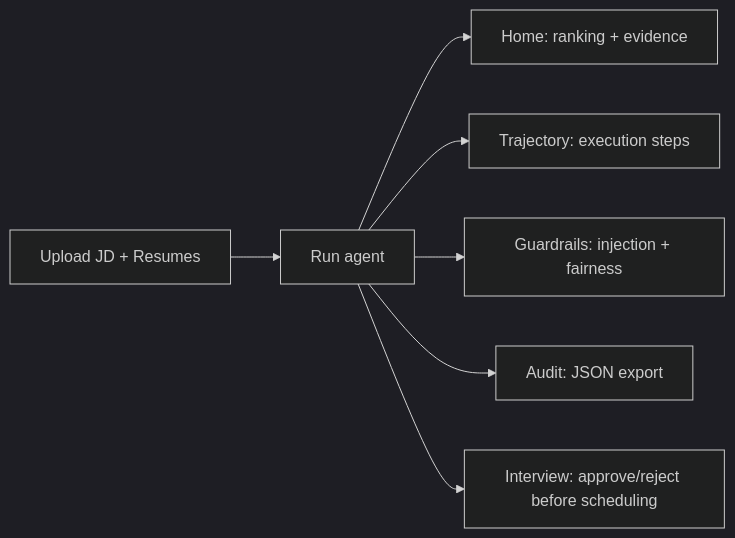
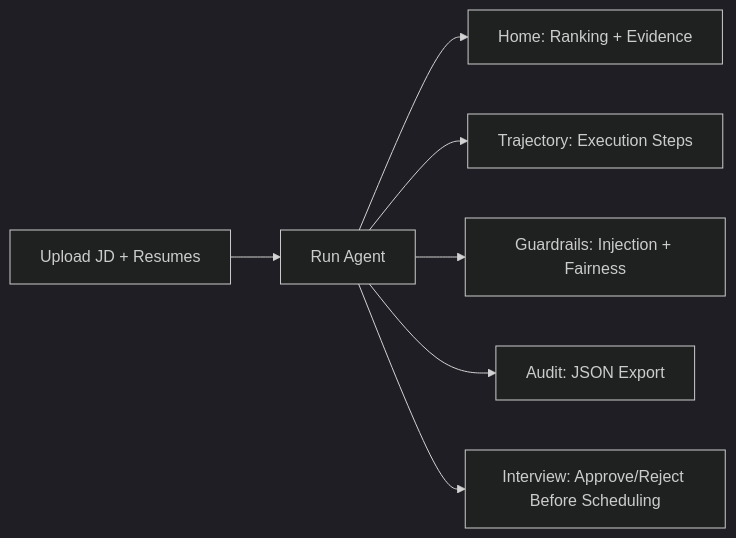
The second of 2 diagrams in README.md (kshetra2627/ai_recruitment_engine), drawn with Mermaid (dark theme) before and after one commit. The commit also changed other lines of this file, not shown here.

````diff
--- a/README.md
+++ b/README.md
@@ -40,9 +45,9 @@
 ```mermaid
 flowchart LR
-  U1[Upload JD + Resumes] --> R1[Run agent]
-  R1 --> T1[Home: ranking + evidence]
-  R1 --> T2[Trajectory: execution steps]
-  R1 --> T3[Guardrails: injection + fairness]
-  R1 --> T4[Audit: JSON export]
-  R1 --> T5[Interview: approve/reject before scheduling]
+  U1[Upload JD + Resumes] --> R1[Run Agent]
+  R1 --> T1[Home: Ranking + Evidence]
+  R1 --> T2[Trajectory: Execution Steps]
+  R1 --> T3[Guardrails: Injection + Fairness]
+  R1 --> T4[Audit: JSON Export]
+  R1 --> T5[Interview: Approve/Reject Before Scheduling]
 ```
````
